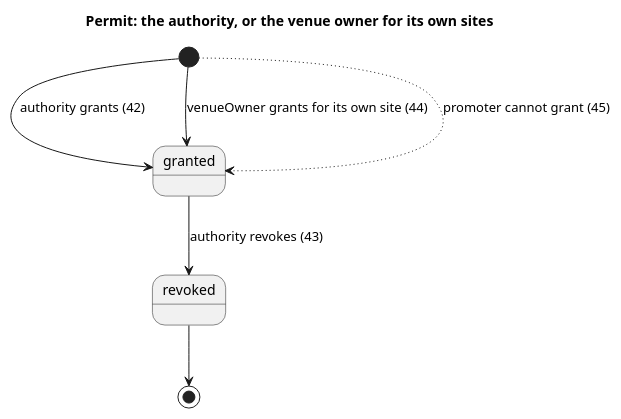
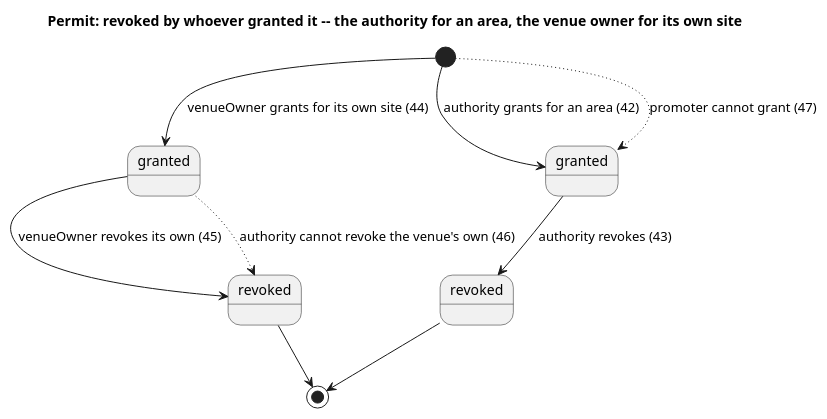
One commit to blueshed/dzql changed the diagram in uml/londons/src/permit.puml. Above: the diagram before and after it, drawn with PlantUML. The commit also changed 15 other files, not shown here.

```diff
--- a/uml/londons/src/permit.puml
+++ b/uml/londons/src/permit.puml
@@ -1,8 +1,13 @@
 @startuml
-title Permit: the authority, or the venue owner for its own sites
-[*] --> granted : authority grants (42)
-[*] --> granted : venueOwner grants for its own site (44)
+title Permit: revoked by whoever granted it -- the authority for an area, the venue owner for its own site
+state "granted" as own
+state "revoked" as ownRevoked
+[*] --> granted : authority grants for an area (42)
 granted --> revoked : authority revokes (43)
-[*] -[dotted]-> granted : promoter cannot grant (45)
+[*] --> own : venueOwner grants for its own site (44)
+own --> ownRevoked : venueOwner revokes its own (45)
+own -[dotted]-> ownRevoked : authority cannot revoke the venue's own (46)
+[*] -[dotted]-> granted : promoter cannot grant (47)
 revoked --> [*]
+ownRevoked --> [*]
 @enduml
```
